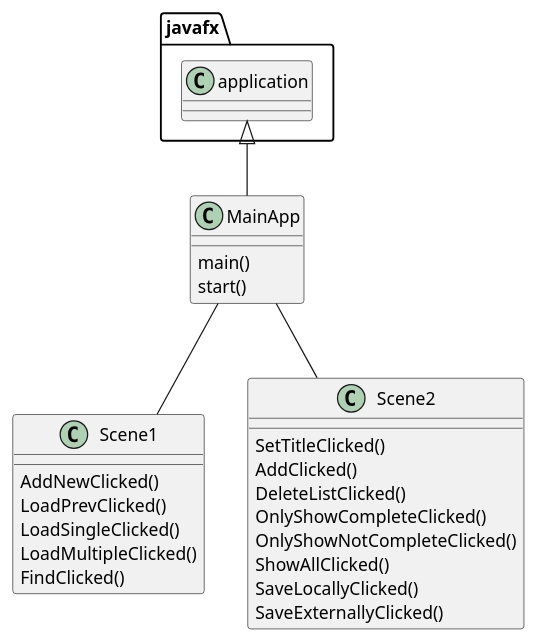
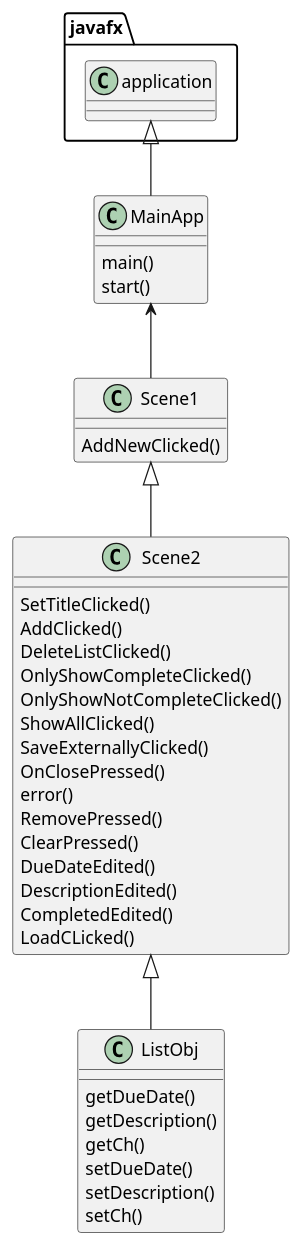
One commit to JKelleher00/Kelleher-cop3330-assignment4part2 changed the diagram in UML/ToDoListMaker.puml. Above: the diagram before and after it, drawn with PlantUML. The commit also changed 7 other files, not shown here.

```diff
--- a/UML/ToDoListMaker.puml
+++ b/UML/ToDoListMaker.puml
@@ -1,29 +1,41 @@
 @startuml
 'https://plantuml.com/sequence-diagram
 
 
 class MainApp {
     main()
     start()
 }
 class Scene1{
     AddNewClicked()
-    LoadPrevClicked()
-    LoadSingleClicked()
-    LoadMultipleClicked()
-    FindClicked()
 }
 class Scene2{
     SetTitleClicked()
     AddClicked()
     DeleteListClicked()
     OnlyShowCompleteClicked()
     OnlyShowNotCompleteClicked()
     ShowAllClicked()
-    SaveLocallyClicked()
     SaveExternallyClicked()
+    OnClosePressed()
+    error()
+    RemovePressed()
+    ClearPressed()
+    DueDateEdited()
+    DescriptionEdited()
+    CompletedEdited()
+    LoadCLicked()
+}
+class ListObj{
+    getDueDate()
+    getDescription()
+    getCh()
+    setDueDate()
+    setDescription()
+    setCh()
 }
 javafx.application <|-- MainApp
-MainApp -- Scene1
-MainApp -- Scene2
+MainApp <-- Scene1
+Scene1 <|-- Scene2
+Scene2 <|-- ListObj
 @enduml
```
